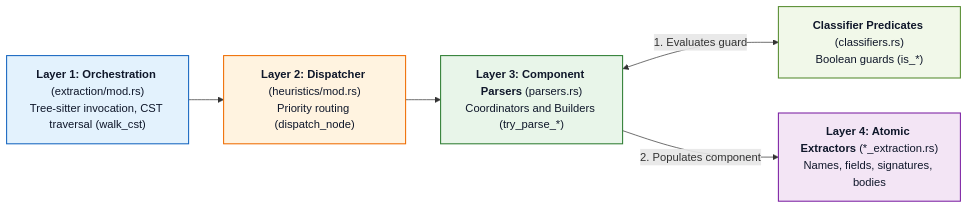
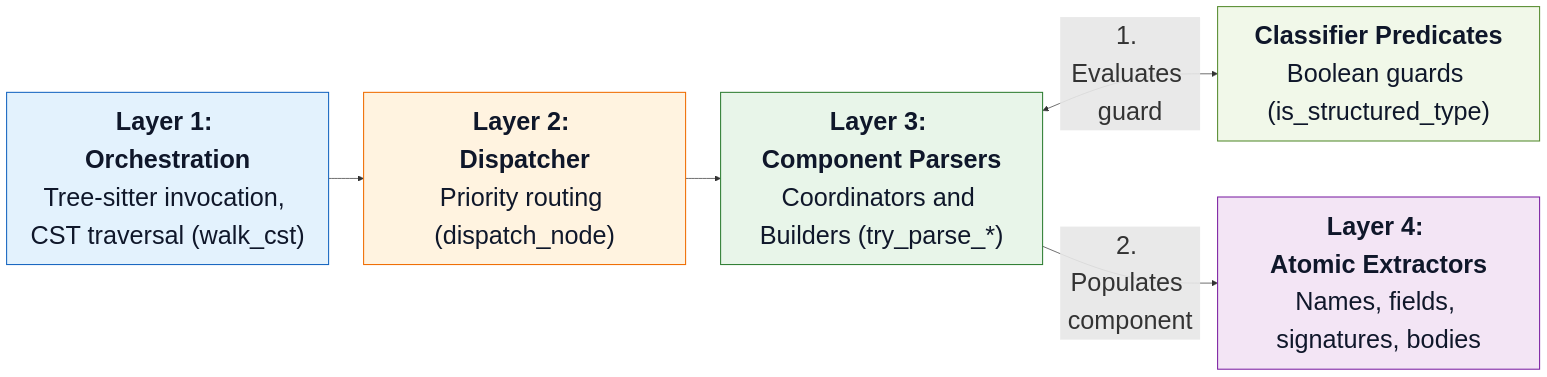
One commit to FerrarioChristian/master-thesis changed the diagram in images/extraction/extraction_layers.mmd. Above: the diagram before and after it, drawn with Mermaid. The commit also changed 9 other files, not shown here.

Commit message:
aggiornati e semplificati diagrammi architettura del framework

```diff
--- a/images/extraction/extraction_layers.mmd
+++ b/images/extraction/extraction_layers.mmd
@@ -1,17 +1,24 @@
+%%{init: {
+    'flowchart': {
+    'nodeSpacing': 80,
+    'wrappingWidth': 400
+  },
+  'themeVariables': {'fontSize': '36px'}
+}}%%
 flowchart LR
-    L1["<b>Layer 1: Orchestration</b> (extraction/mod.rs)<br/>Tree-sitter invocation, CST traversal (walk_cst)"]
-    L2["<b>Layer 2: Dispatcher</b> (heuristics/mod.rs)<br/>Priority routing (dispatch_node)"]
-    L3P["<b>Layer 3: Component Parsers</b> (parsers.rs)<br/>Coordinators and Builders (try_parse_*)"]
-    L3C["<b>Classifier Predicates</b> (classifiers.rs)<br/>Boolean guards (is_*)"]
-    L4["<b>Layer 4: Atomic Extractors</b> (*_extraction.rs)<br/>Names, fields, signatures, bodies"]
+    L1["<b>Layer 1: <br/>Orchestration</b><br/>Tree-sitter invocation, CST traversal (walk_cst)"]
+    L2["<b>Layer 2: <br/>Dispatcher</b><br/>Priority routing (dispatch_node)"]
+    L3P["<b>Layer 3: <br/>Component Parsers</b><br/>Coordinators and Builders (try_parse_*)"]
+    L3C["<b>Classifier Predicates</b><br/>Boolean guards (is_structured_type)"]
+    L4["<b>Layer 4: <br/>Atomic Extractors</b><br/>Names, fields, signatures, bodies"]
 
     L1 --> L2
     L2 --> L3P
     L3P <-->|"1. Evaluates guard"| L3C
     L3P -->|"2. Populates component"| L4
 
     style L1 fill:#e3f2fd,stroke:#1565c0,stroke-width:1.5px,color:#0f172a
     style L2 fill:#fff3e0,stroke:#ef6c00,stroke-width:1.5px,color:#0f172a
     style L3P fill:#e8f5e9,stroke:#2e7d32,stroke-width:1.5px,color:#0f172a
     style L3C fill:#f1f8e9,stroke:#558b2f,stroke-width:1.5px,color:#0f172a
     style L4 fill:#f3e5f5,stroke:#7b1fa2,stroke-width:1.5px,color:#0f172a
```
